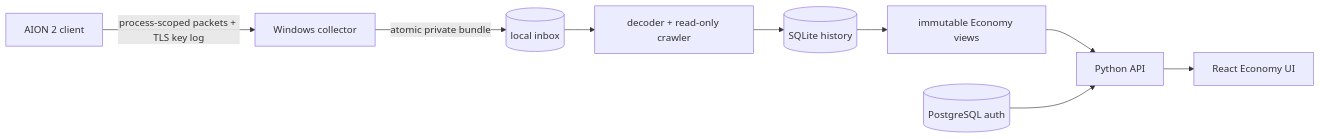
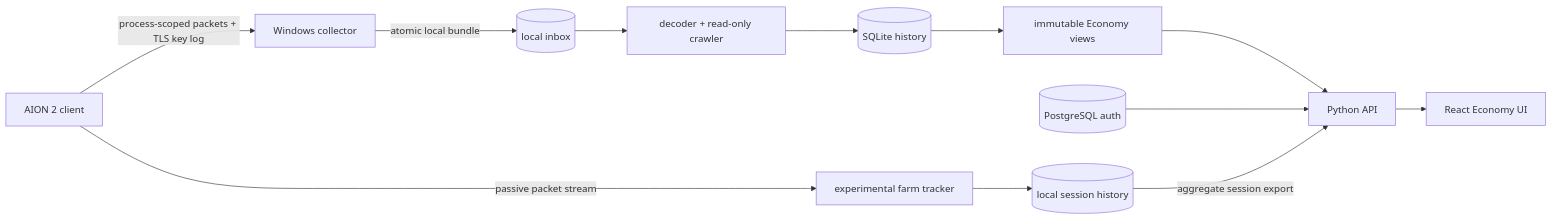
The diagram in README.md (dimkk/aion2-market-stack), drawn with Mermaid before and after one commit. The commit also changed other lines of this file and 21 other files, not shown here.

Commit message:
feat: publish standalone farm tracker

````diff
--- a/README.md
+++ b/README.md
@@ -35,11 +35,14 @@
 ```mermaid
 flowchart LR
   A[AION 2 client] -->|process-scoped packets + TLS key log| B[Windows collector]
-  B -->|atomic private bundle| C[(local inbox)]
+  B -->|atomic local bundle| C[(local inbox)]
   C --> D[decoder + read-only crawler]
   D --> E[(SQLite history)]
   E --> F[immutable Economy views]
   F --> G[Python API]
   H[(PostgreSQL auth)] --> G
   G --> I[React Economy UI]
+  A -->|passive packet stream| J[experimental farm tracker]
+  J --> K[(local session history)]
+  K -->|aggregate session export| G
 ```
````
